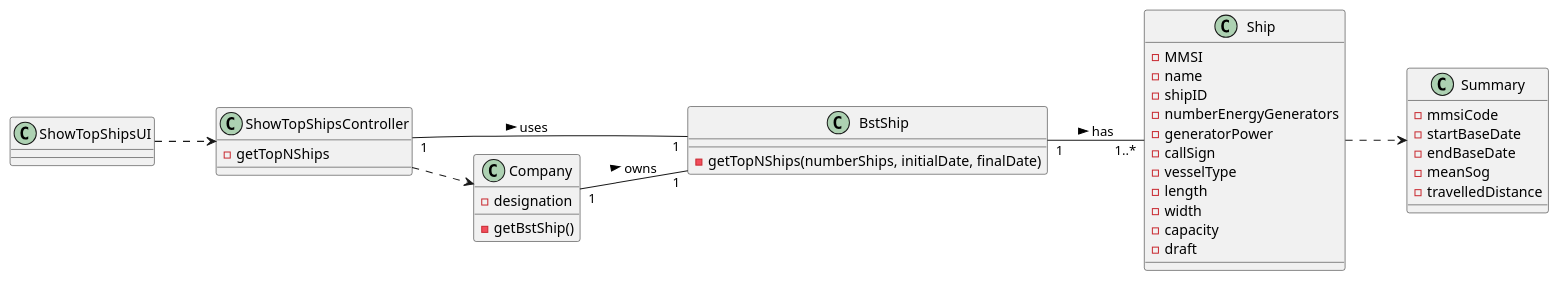
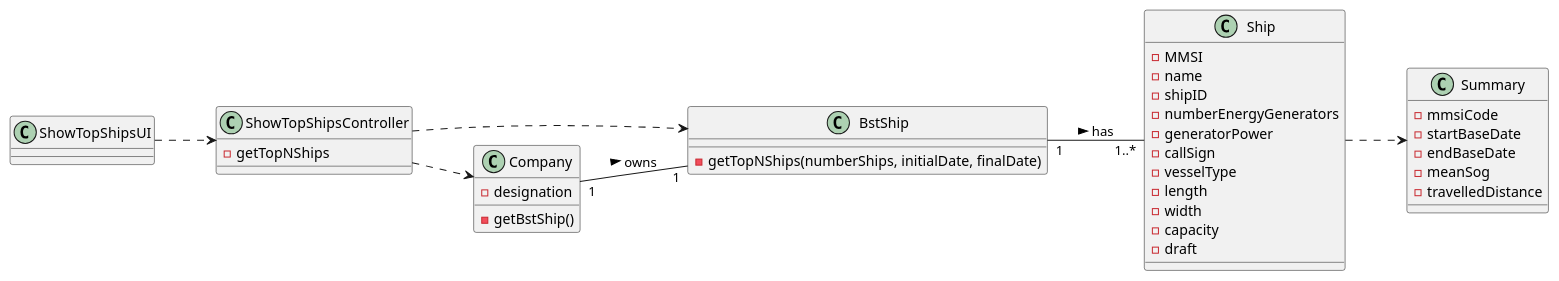
Before and after one commit to 0franciscor/lapr3-2021-g042: the diagram in docs/US106/US106_CD.puml, drawn with PlantUML. The commit also changed 3 other files, not shown here.

```diff
--- a/docs/US106/US106_CD.puml
+++ b/docs/US106/US106_CD.puml
@@ -1,55 +1,55 @@
 @startuml
 left to right direction
 
 class ShowTopShipsUI{
 
 }
 
 class ShowTopShipsController{
 -getTopNShips
 }
 
 class BstShip{
 -getTopNShips(numberShips, initialDate, finalDate)
 }
 
 class Company{
 -designation
 -getBstShip()
 }
 
 class Summary{
 -mmsiCode
 -startBaseDate
 -endBaseDate
 -meanSog
 -travelledDistance
 }
 
 class Ship {
 -MMSI
 -name
 -shipID
 -numberEnergyGenerators
 -generatorPower
 -callSign
 -vesselType
 -length
 -width
 -capacity
 -draft
 }
 
 ShowTopShipsUI ..> ShowTopShipsController
 
 ShowTopShipsController ..> Company
 
 Company "1" -- "1" BstShip : owns >
 
-ShowTopShipsController "1" -- "1" BstShip : uses >
+ShowTopShipsController  ..>  BstShip
 
 BstShip "1" -- "1..*" Ship : has >
 
 Ship ..> Summary
 
 @enduml
```
